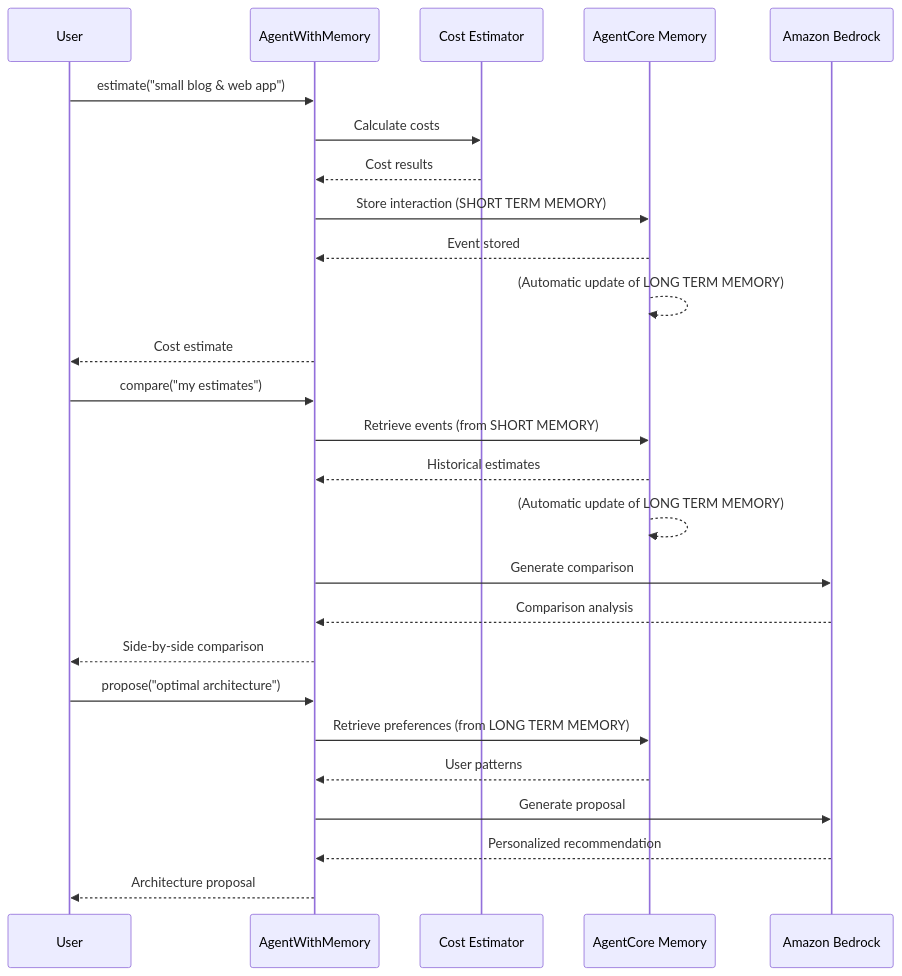
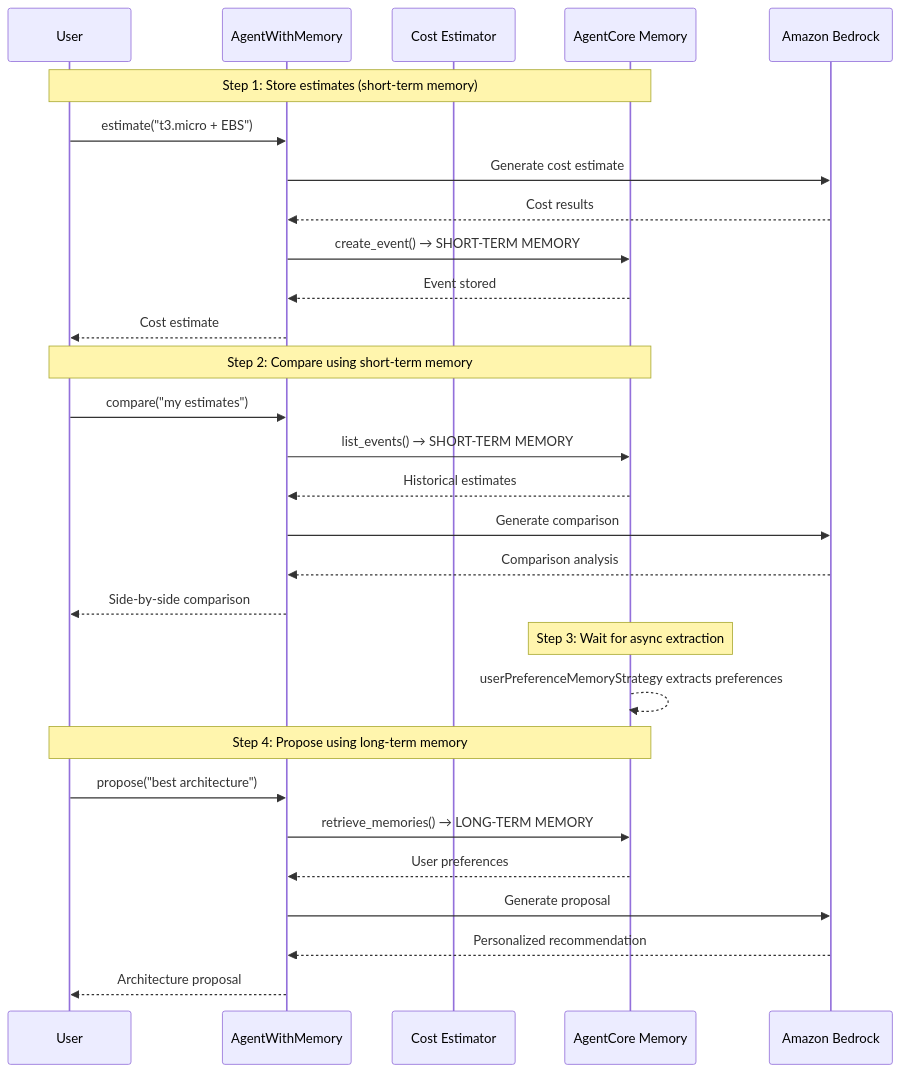
One commit to aws-samples/sample-amazon-bedrock-agentcore-onboarding changed the diagram in 03_memory/README.md. Above: the diagram before and after it, drawn with Mermaid. The commit also changed other lines of this file and 5 other files, not shown here.

````diff
--- a/03_memory/README.md
+++ b/03_memory/README.md
@@ -9,31 +9,35 @@
 ```mermaid
 sequenceDiagram
     participant User as User
     participant Agent as AgentWithMemory
     participant Estimator as Cost Estimator
     participant Memory as AgentCore Memory
     participant Bedrock as Amazon Bedrock
 
-    User->>Agent: estimate("small blog & web app")
-    Agent->>Estimator: Calculate costs
-    Estimator-->>Agent: Cost results
-    Agent->>Memory: Store interaction (SHORT TERM MEMORY)
+    Note over User,Memory: Step 1: Store estimates (short-term memory)
+    User->>Agent: estimate("t3.micro + EBS")
+    Agent->>Bedrock: Generate cost estimate
+    Bedrock-->>Agent: Cost results
+    Agent->>Memory: create_event() → SHORT-TERM MEMORY
     Memory-->>Agent: Event stored
-    Memory-->>Memory: (Automatic update of LONG TERM MEMORY)
     Agent-->>User: Cost estimate
 
+    Note over User,Memory: Step 2: Compare using short-term memory
     User->>Agent: compare("my estimates")
-    Agent->>Memory: Retrieve events (from SHORT MEMORY)
+    Agent->>Memory: list_events() → SHORT-TERM MEMORY
     Memory-->>Agent: Historical estimates
-    Memory-->>Memory: (Automatic update of LONG TERM MEMORY)
     Agent->>Bedrock: Generate comparison
     Bedrock-->>Agent: Comparison analysis
     Agent-->>User: Side-by-side comparison
 
-    User->>Agent: propose("optimal architecture")
-    Agent->>Memory: Retrieve preferences (from LONG TERM MEMORY)
-    Memory-->>Agent: User patterns
+    Note over Memory: Step 3: Wait for async extraction
+    Memory-->>Memory: userPreferenceMemoryStrategy extracts preferences
+
+    Note over User,Memory: Step 4: Propose using long-term memory
+    User->>Agent: propose("best architecture")
+    Agent->>Memory: retrieve_memories() → LONG-TERM MEMORY
+    Memory-->>Agent: User preferences
     Agent->>Bedrock: Generate proposal
     Bedrock-->>Agent: Personalized recommendation
     Agent-->>User: Architecture proposal
 ```
````
